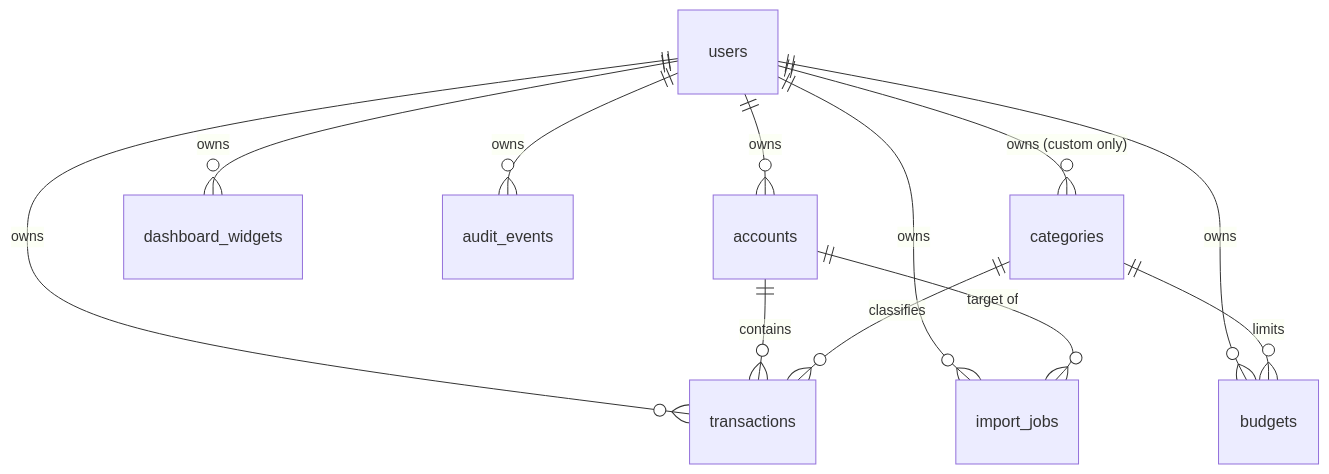
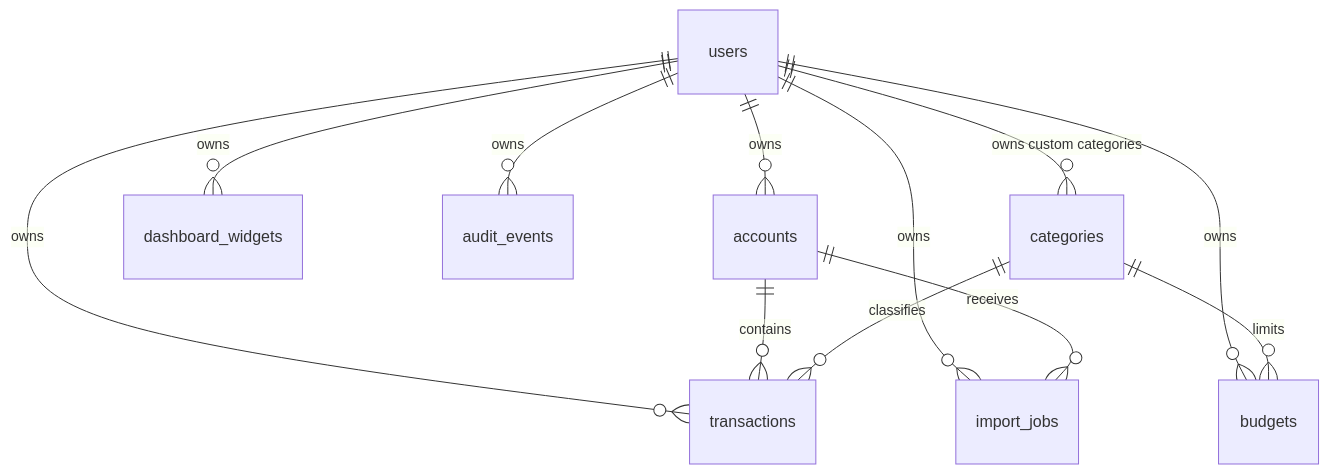
Before and after one commit to notusian/spendscope: the fourth of 4 diagrams in docs/architecture.md, drawn with Mermaid. The commit also changed other lines of this file and 75 other files, not shown here.

````diff
--- a/docs/architecture.md
+++ b/docs/architecture.md
@@ -244,14 +147,14 @@
 ```mermaid
 erDiagram
     users ||--o{ accounts : owns
     users ||--o{ transactions : owns
     users ||--o{ budgets : owns
     users ||--o{ dashboard_widgets : owns
     users ||--o{ import_jobs : owns
     users ||--o{ audit_events : owns
-    users ||--o{ categories : "owns (custom only)"
+    users ||--o{ categories : "owns custom categories"
     accounts ||--o{ transactions : contains
     categories ||--o{ transactions : classifies
     categories ||--o{ budgets : limits
-    accounts ||--o{ import_jobs : "target of"
+    accounts ||--o{ import_jobs : receives
 ```
````
